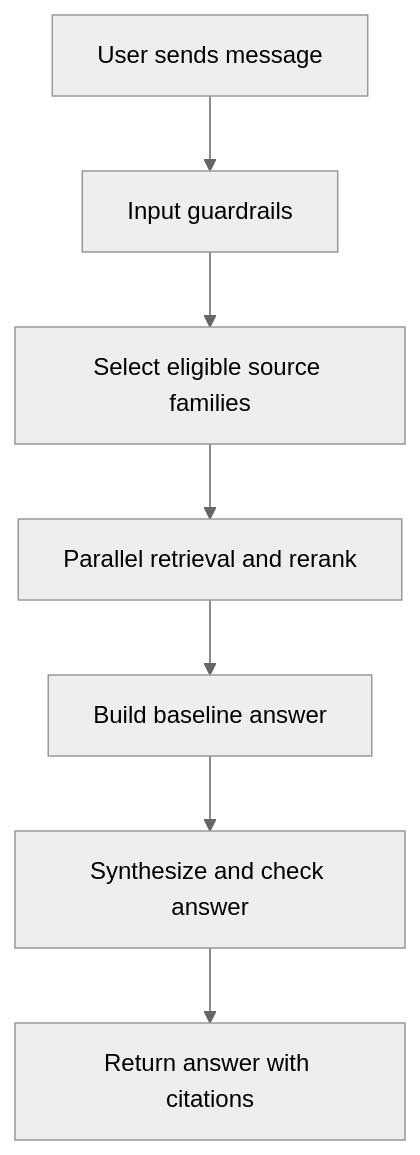
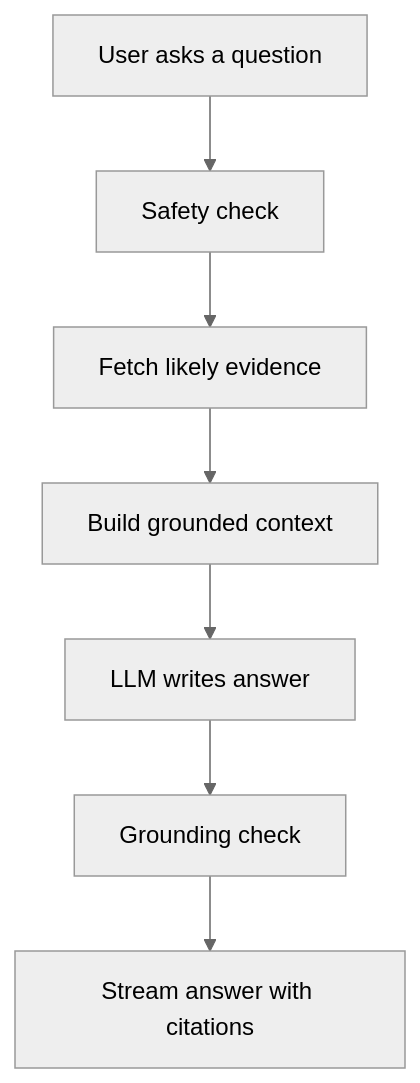
Before and after one commit to kaiwalya1610/enterprise-supply-chain-agentic-platform: the diagram in README.md, drawn with Mermaid (neutral theme). The commit also changed other lines of this file and 4 other files, not shown here.

Commit message:
feat(config) Add pytest configuration file and enhance README with future scope details, including UI document uploads, access control, caching strategies, and model improvement plans. Introduce new documentation for project roadmap and admin experience enhancements.

````diff
--- a/README.md
+++ b/README.md
@@ -51,9 +71,9 @@
 ```mermaid
 flowchart TD
-    A[User sends message] --> B[Input guardrails]
-    B --> C[Select eligible source families]
-    C --> D[Parallel retrieval and rerank]
-    D --> E[Build baseline answer]
-    E --> F[Synthesize and check answer]
-    F --> G[Return answer with citations]
+    A[User asks a question] --> B[Safety check]
+    B --> C[Fetch likely evidence]
+    C --> D[Build grounded context]
+    D --> E[LLM writes answer]
+    E --> F[Grounding check]
+    F --> G[Stream answer with citations]
 ```
````
